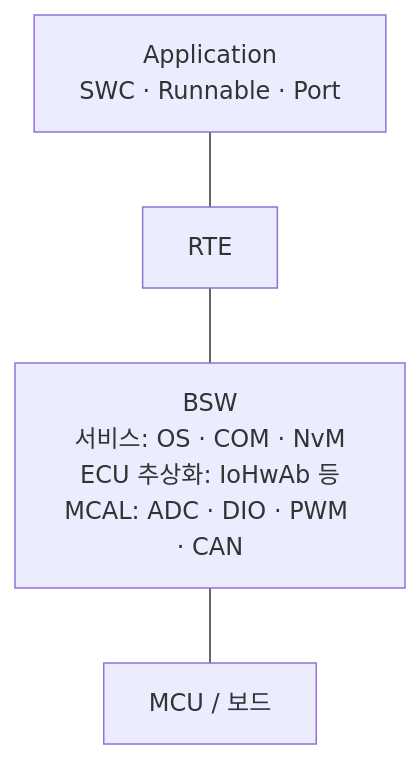
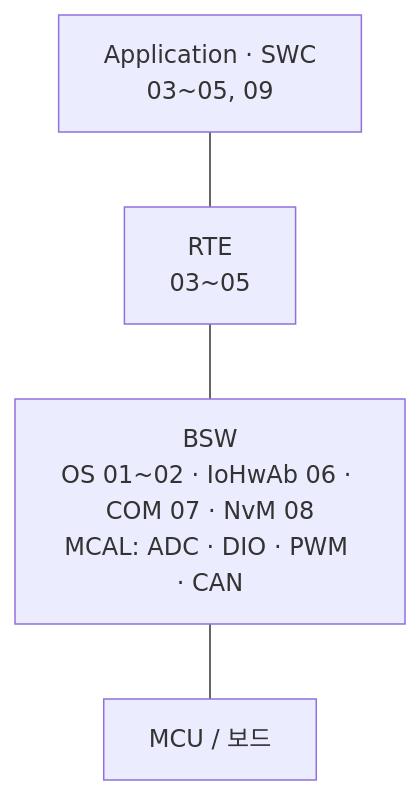
The diagram in AUTOSAR/README.md (Hohojae7/HINT-Embedded-AI-HW), drawn with Mermaid before and after one commit. The commit also changed other lines of this file, not shown here.

````diff
--- a/AUTOSAR/README.md
+++ b/AUTOSAR/README.md
@@ -21,10 +30,8 @@
 ```mermaid
 flowchart TB
-    APP["Application<br/>SWC · Runnable · Port"]
-    RTE["RTE"]
-    BSW["BSW<br/>서비스: OS · COM · NvM<br/>ECU 추상화: IoHwAb 등<br/>MCAL: ADC · DIO · PWM · CAN"]
+    APP["Application · SWC<br/>03~05, 09"]
+    RTE["RTE<br/>03~05"]
+    BSW["BSW<br/>OS 01~02 · IoHwAb 06 · COM 07 · NvM 08<br/>MCAL: ADC · DIO · PWM · CAN"]
     HW["MCU / 보드"]
-    APP --- RTE
-    RTE --- BSW
-    BSW --- HW
+    APP --- RTE --- BSW --- HW
 ```
````
